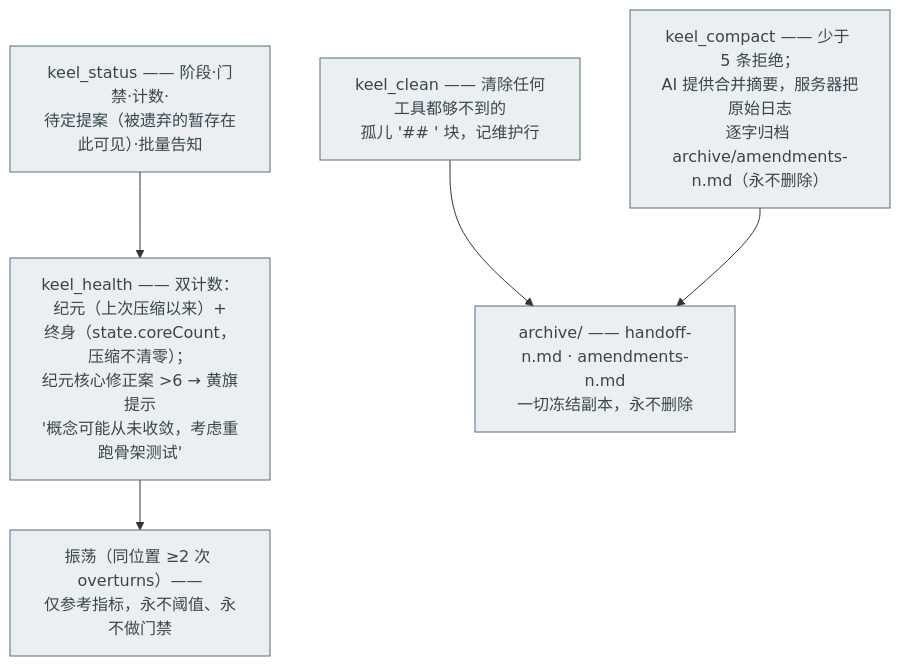
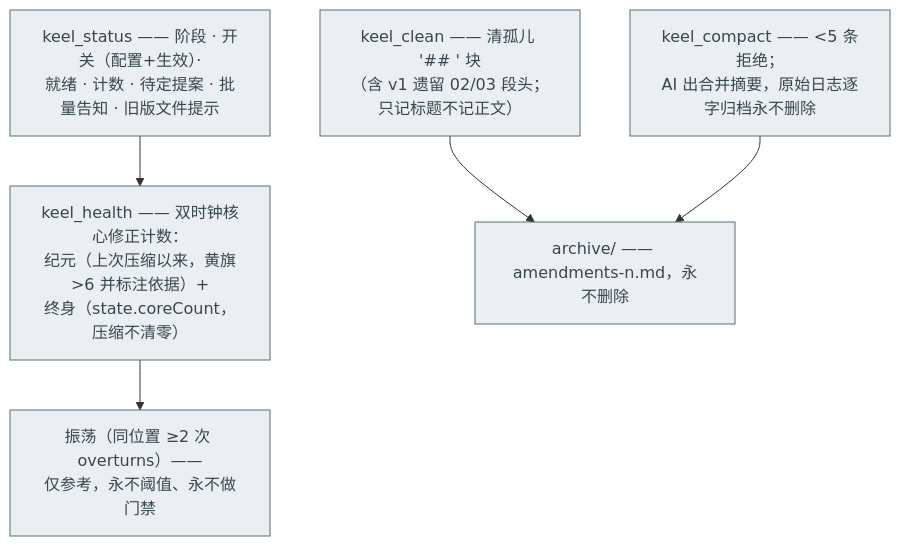
One commit to maxi3777/Keel changed the seventh of 8 diagrams in docs/MENTAL-MODEL.md. Above: the diagram before and after it, drawn with Mermaid. The commit also changed other lines of this file and 20 other files, not shown here.

````diff
--- a/docs/MENTAL-MODEL.md
+++ b/docs/MENTAL-MODEL.md
@@ -394,14 +207,14 @@
 ```mermaid
 flowchart TD
-    STATUS["keel_status —— 阶段·门禁·计数·<br/>待定提案（被遗弃的暂存在此可见）·批量告知"]:::mech
-    HEALTH["keel_health —— 双计数：纪元（上次压缩以来）+<br/>终身（state.coreCount，压缩不清零）；<br/>纪元核心修正案 >6 → 黄旗提示<br/>'概念可能从未收敛，考虑重跑骨架测试'"]:::mech
-    OSC["振荡（同位置 ≥2 次 overturns）——<br/>仅参考指标，永不阈值、永不做门禁"]:::mech
-    CLEAN["keel_clean —— 清除任何工具都够不到的<br/>孤儿 '## ' 块，记维护行"]:::mech
-    COMPACT["keel_compact —— 少于 5 条拒绝；<br/>AI 提供合并摘要，服务器把原始日志<br/>逐字归档 archive/amendments-n.md（永不删除）"]:::mech
-    ARCH["archive/ —— handoff-n.md · amendments-n.md<br/>一切冻结副本，永不删除"]:::mech
+    STATUS["keel_status —— 阶段 · 开关（配置+生效）·<br/>就绪 · 计数 · 待定提案 · 批量告知 · 旧版文件提示"]:::mech
+    HEALTH["keel_health —— 双时钟核心修正计数：<br/>纪元（上次压缩以来，黄旗>6 并标注依据）+<br/>终身（state.coreCount，压缩不清零）"]:::mech
+    OSC["振荡（同位置 ≥2 次 overturns）——<br/>仅参考，永不阈值、永不做门禁"]:::mech
+    CLEAN["keel_clean —— 清孤儿 '## ' 块<br/>（含 v1 遗留 02/03 段头；只记标题不记正文）"]:::mech
+    COMPACT["keel_compact —— <5 条拒绝；<br/>AI 出合并摘要，原始日志逐字归档永不删除"]:::mech
+    ARCH["archive/ —— amendments-n.md，永不删除"]:::mech
 
     STATUS --> HEALTH --> OSC
     CLEAN --> ARCH
     COMPACT --> ARCH
     classDef mech fill:#eceff1,stroke:#546e7a,color:#37474f
 ```
````
